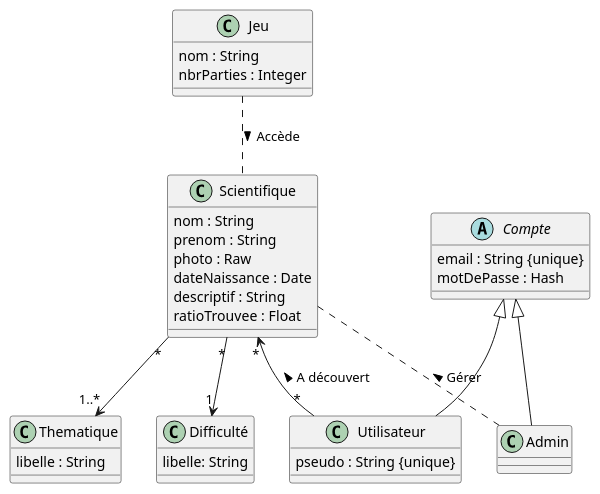
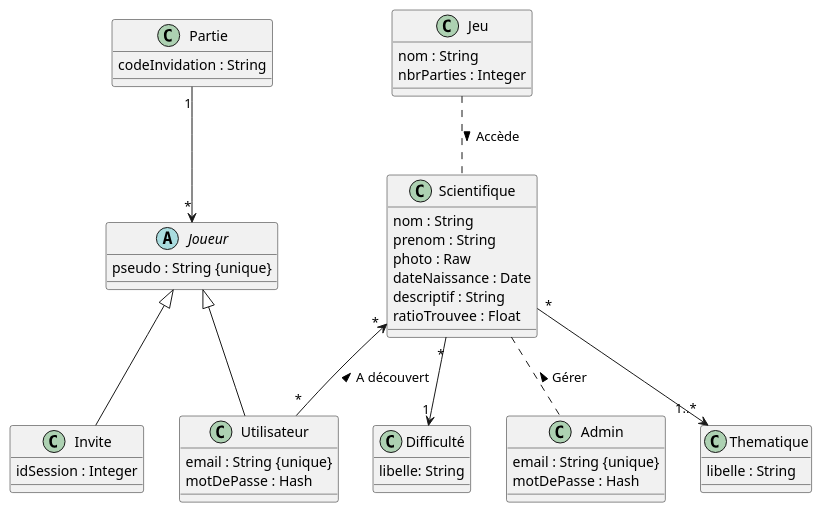
One commit to JdAlix/ScienceQuest changed the diagram in project/Docs/classe/classDiagram.md. Above: the diagram before and after it, drawn with PlantUML.

Commit message:
ADD : gestion des parties

````diff
--- a/project/Docs/classe/classDiagram.md
+++ b/project/Docs/classe/classDiagram.md
@@ -1,53 +1,66 @@
 ```plantuml 
 
 @startuml "BDD"
 
 class Scientifique{
     nom : String
     prenom : String
     photo : Raw
     dateNaissance : Date
     descriptif : String
     ratioTrouvee : Float
 }
 
 class Thematique{
     libelle : String
 }
 
 class "Difficulté"{
     libelle: String
 }
 
 Scientifique "*" --> "1..*" Thematique
 Scientifique "*" --> "1" "Difficulté"
 Scientifique "*" <-- "*"Utilisateur : A découvert <
 Scientifique .. Admin : Gérer <
 
 
-abstract Compte{
+abstract Joueur{
+    pseudo : String {unique}
+}
+
+class Utilisateur{
     email : String {unique}
     motDePasse : Hash
 }
 
-class Utilisateur{
-    pseudo : String {unique}
+class Invite{
+    idSession : Integer
 }
 
+Joueur <|-- Utilisateur
+Joueur <|-- Invite
+
 class Admin{
-
+    email : String {unique}
+    motDePasse : Hash
 }
 
-Compte <|-- Utilisateur
-Compte <|-- Admin
+
 
 
 class Jeu{
     nom : String
     nbrParties : Integer
 }
 
 Jeu .. Scientifique  : Accède >
 
+class Partie{
+    codeInvidation : String
+}
+
+Partie "1" --> "*" Joueur
+
 @enduml
 ```
````
